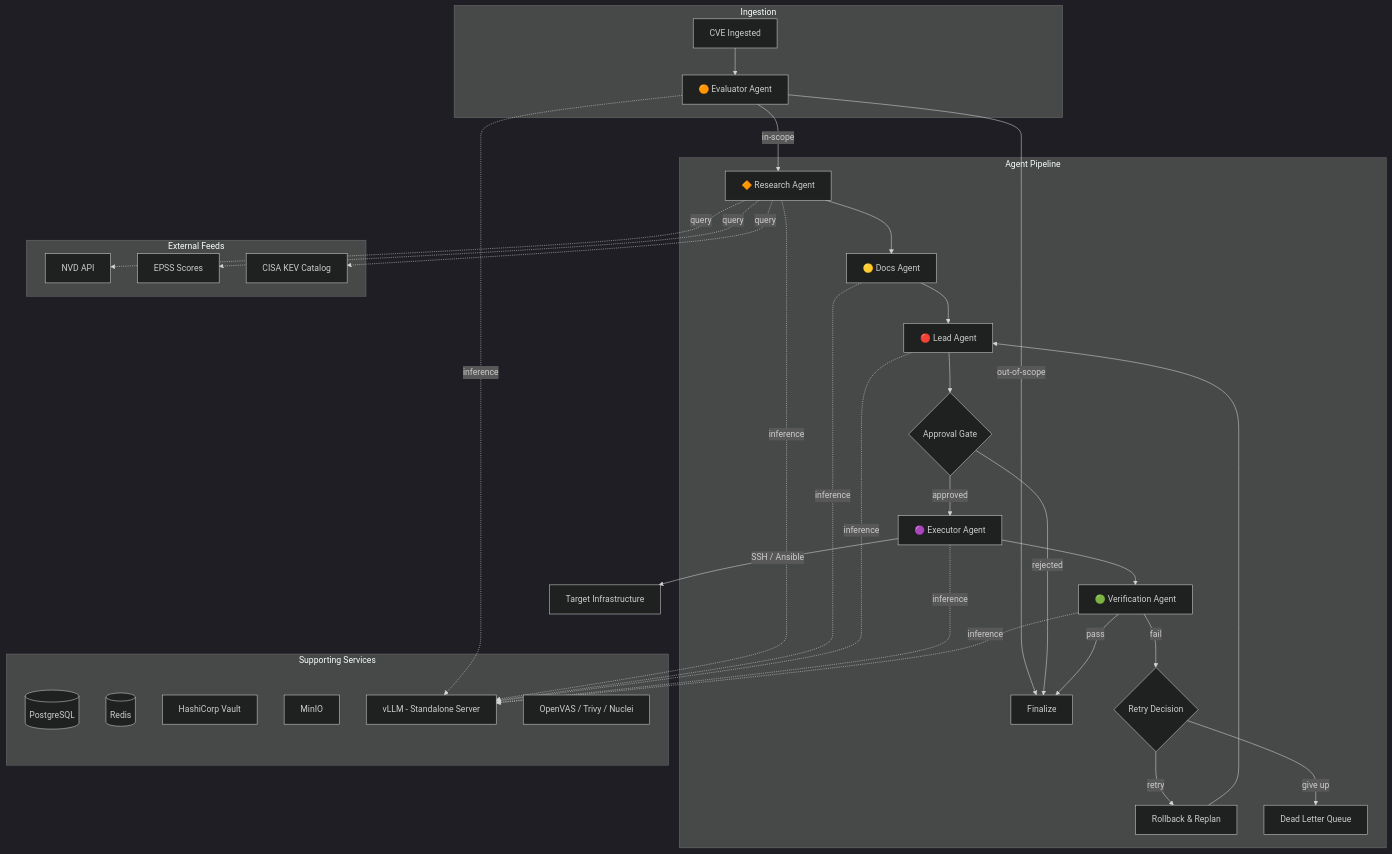
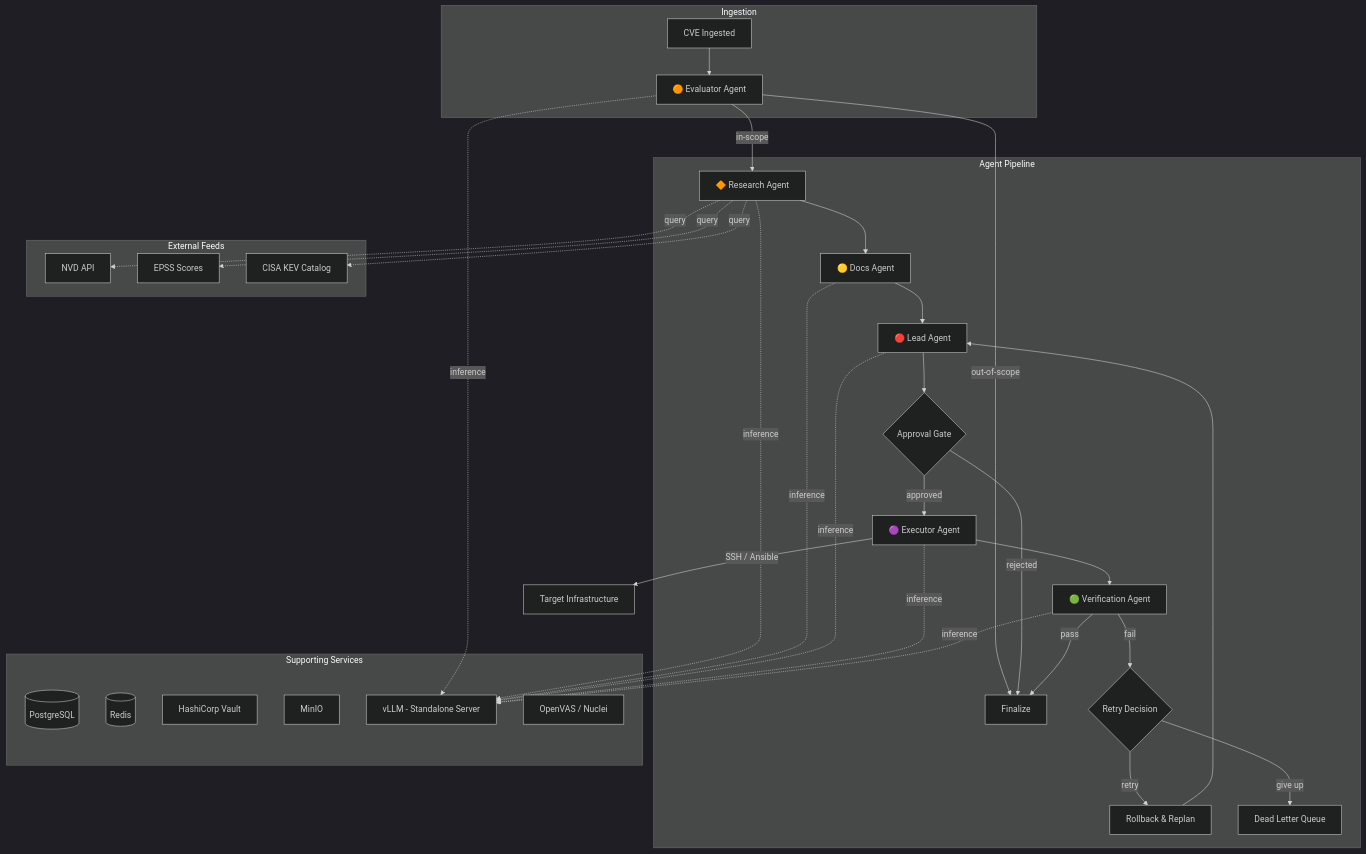
One commit to AKOrojo/autopatch changed the first of 3 diagrams in README.md. Above: the diagram before and after it, drawn with Mermaid (dark theme). The commit also changed other lines of this file and 3 other files, not shown here.

````diff
--- a/README.md
+++ b/README.md
@@ -31,48 +31,48 @@
 ```mermaid
 graph TD
     subgraph Ingestion
         CVE[CVE Ingested] --> EVAL
     end
 
     subgraph Agent Pipeline
         EVAL[🟠 Evaluator Agent] -->|in-scope| RES[🔶 Research Agent]
         EVAL -->|out-of-scope| FIN[Finalize]
         RES --> DOCS[🟡 Docs Agent]
         DOCS --> LEAD[🔴 Lead Agent]
         LEAD --> APPROVE{Approval Gate}
         APPROVE -->|approved| EXEC[🟣 Executor Agent]
         APPROVE -->|rejected| FIN
         EXEC --> VERIFY[🟢 Verification Agent]
         VERIFY -->|pass| FIN
         VERIFY -->|fail| RETRY{Retry Decision}
         RETRY -->|retry| ROLLBACK[Rollback & Replan]
         RETRY -->|give up| DLQ[Dead Letter Queue]
         ROLLBACK --> LEAD
     end
 
     subgraph Supporting Services
         DB[(PostgreSQL)]
         CACHE[(Redis)]
         VAULT[HashiCorp Vault]
         MINIO[MinIO]
         LLM[vLLM - Standalone Server]
-        SCAN[OpenVAS / Trivy / Nuclei]
+        SCAN[OpenVAS / Nuclei]
     end
 
     subgraph External Feeds
         NVD[NVD API]
         EPSS[EPSS Scores]
         KEV[CISA KEV Catalog]
     end
 
     EXEC -->|SSH / Ansible| TARGETS[Target Infrastructure]
     RES -.->|query| NVD
     RES -.->|query| EPSS
     RES -.->|query| KEV
     EVAL -.->|inference| LLM
     RES -.->|inference| LLM
     DOCS -.->|inference| LLM
     LEAD -.->|inference| LLM
     EXEC -.->|inference| LLM
     VERIFY -.->|inference| LLM
 ```
````
